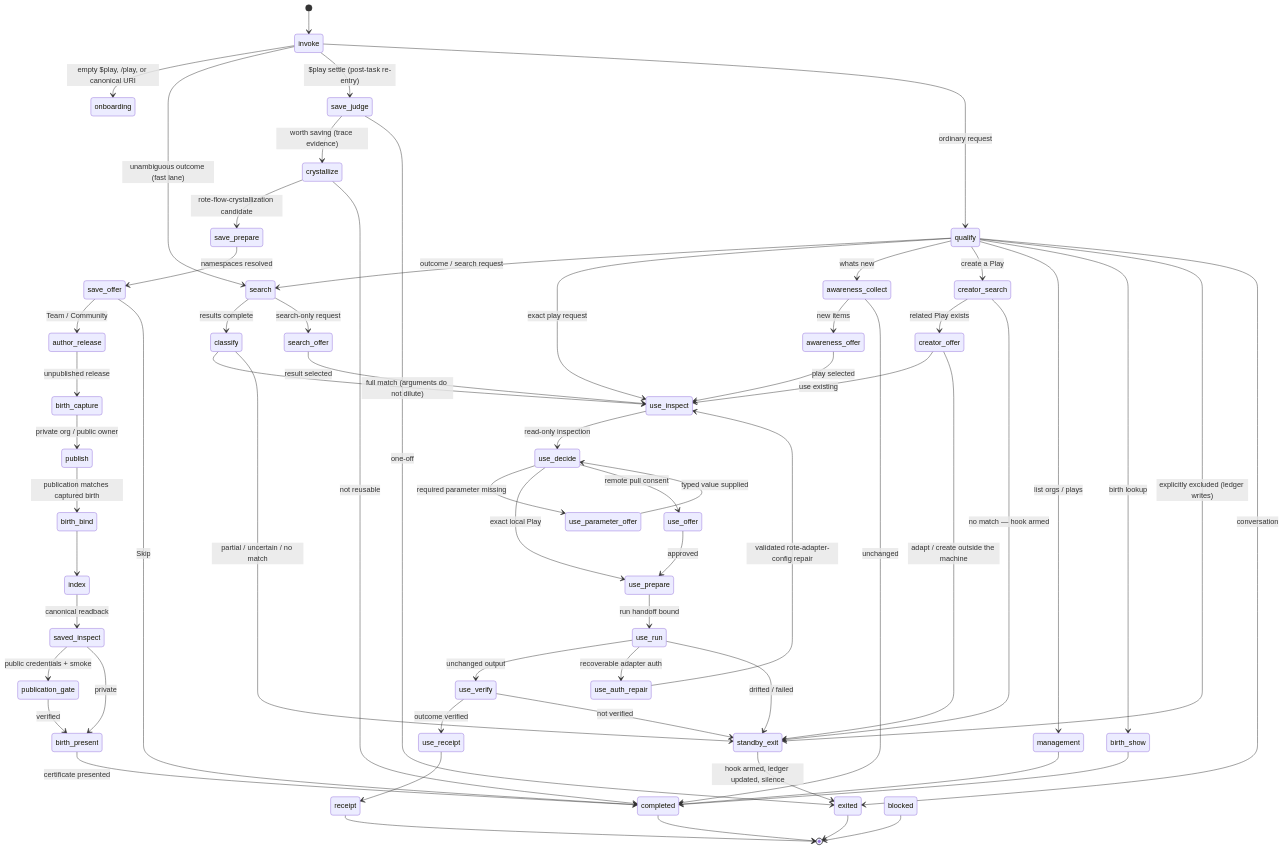
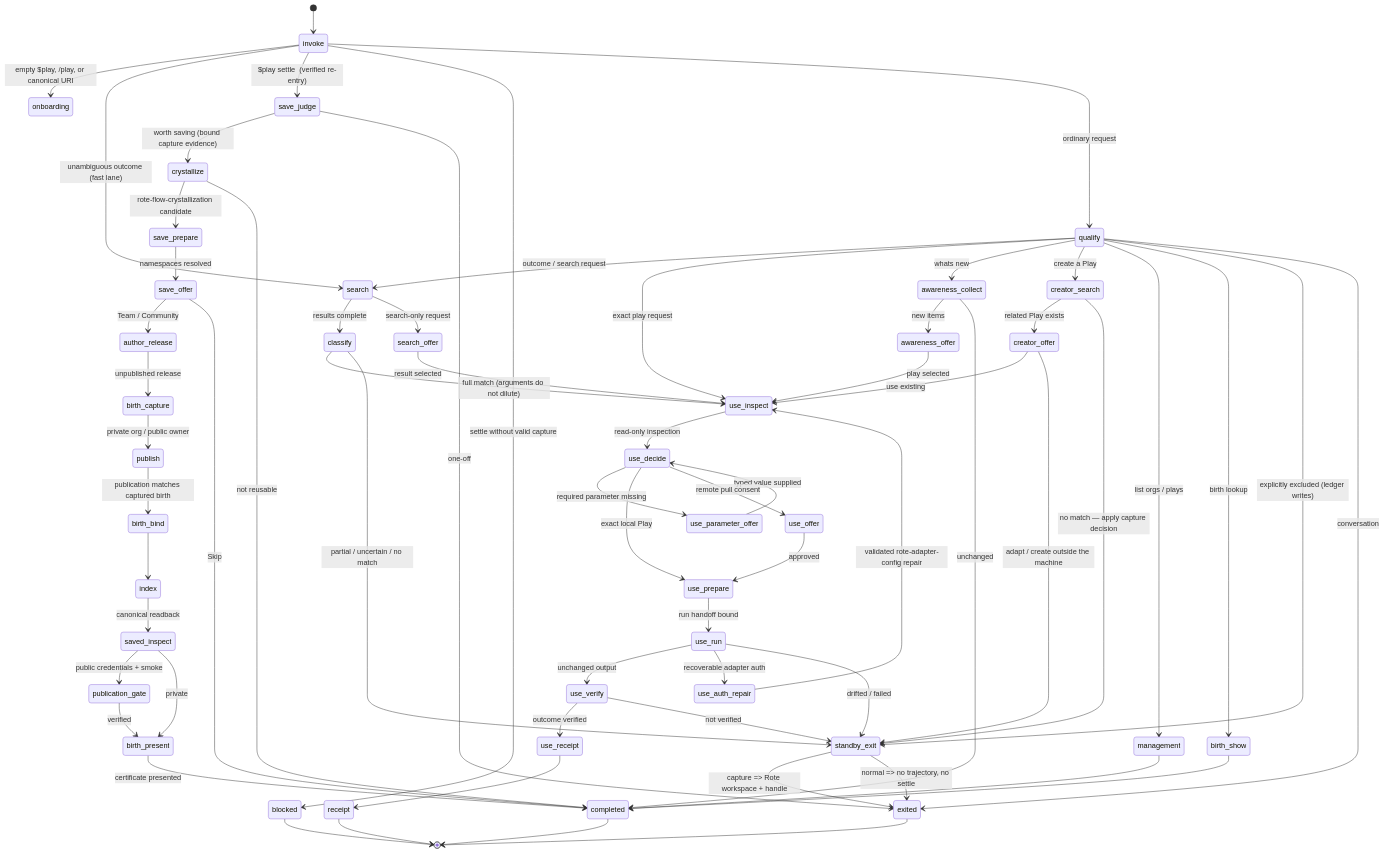
One commit to modiqo/play changed the diagram in README.md. Above: the diagram before and after it, drawn with Mermaid. The commit also changed other lines of this file and 39 other files, not shown here.

Commit message:
fix: harden play capture and settle lifecycle

```diff
--- a/README.md
+++ b/README.md
@@ -163,7 +165,8 @@
     %% ── Typed invocation ──
     invoke --> onboarding : empty $play, /play, or canonical URI
     invoke --> search : unambiguous outcome (fast lane)
-    invoke --> save_judge : $play settle (post-task re-entry)
+    invoke --> save_judge : $play settle <capture> (verified re-entry)
+    invoke --> blocked : settle without valid capture
     invoke --> qualify : ordinary request
 
     %% ── Qualify routes each request to one trajectory ──
@@ -199,9 +202,10 @@
     use_verify --> standby_exit : not verified
     use_receipt --> receipt
 
-    %% ── Stay out of the way + the save hook ──
-    standby_exit --> exited : hook armed, ledger updated, silence
-    save_judge --> crystallize : worth saving (trace evidence)
+    %% ── Pre-work capture gate ──
+    standby_exit --> exited : capture => Rote workspace + handle
+    standby_exit --> exited : normal => no trajectory, no settle
+    save_judge --> crystallize : worth saving (bound capture evidence)
     save_judge --> exited : one-off
 
     %% ── Save lifecycle (delegated to rote specialists) ──
@@ -225,7 +229,7 @@
     awareness_collect --> completed : unchanged
     awareness_offer --> use_inspect : play selected
     creator_search --> creator_offer : related Play exists
-    creator_search --> standby_exit : no match — hook armed
+    creator_search --> standby_exit : no match — apply capture decision
     creator_offer --> use_inspect : use existing
     creator_offer --> standby_exit : adapt / create outside the machine
     management --> completed
```
